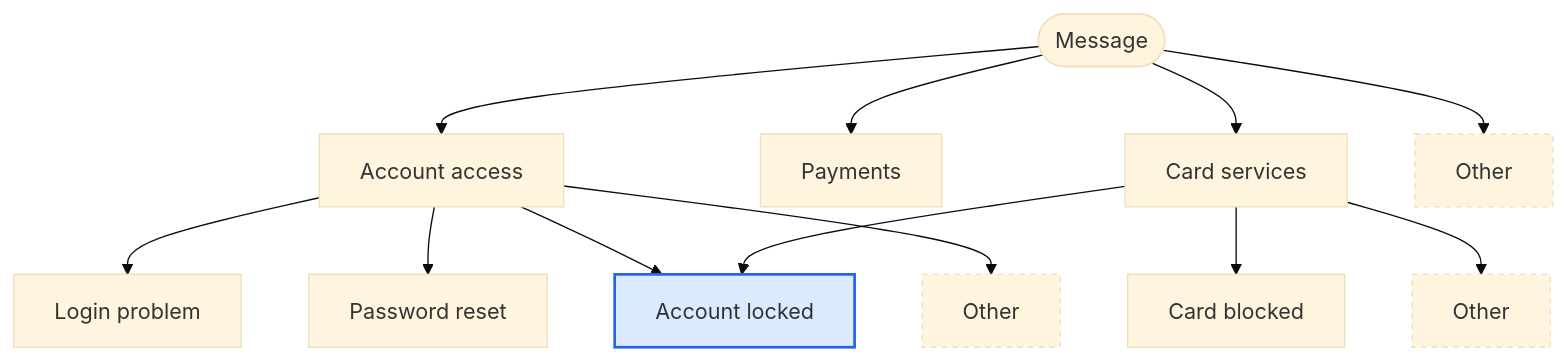
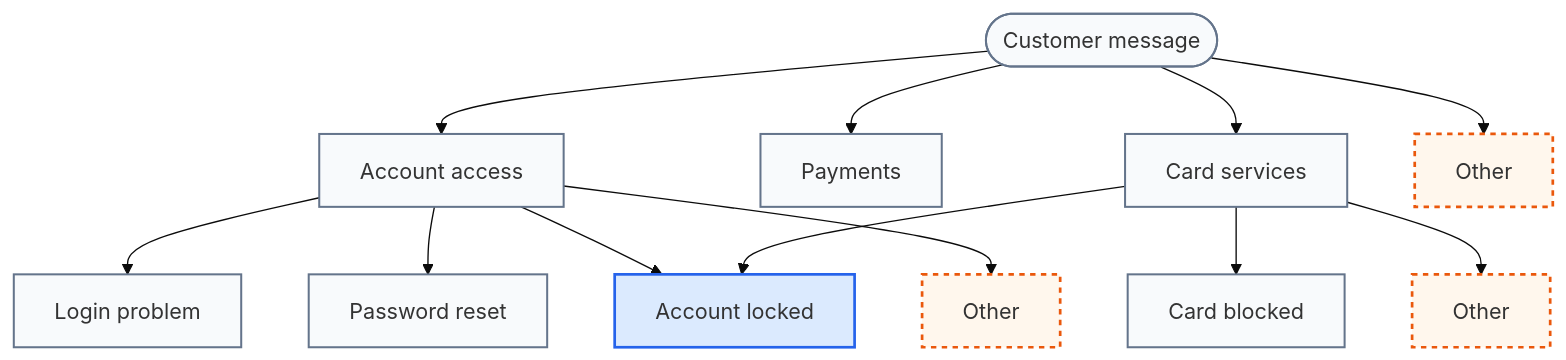
The second of 5 diagrams in src/content/blog/first-level-support-automation.mdx (FridljDa/FridljDa.github.io), drawn with Mermaid (base theme) before and after one commit. The commit also changed other lines of this file and 4 other files, not shown here.

````diff
--- a/src/content/blog/first-level-support-automation.mdx
+++ b/src/content/blog/first-level-support-automation.mdx
@@ -46,22 +68,24 @@
 ```mermaid
 flowchart TD
-    R([Message])
-    R --> P1[Account access]
-    R --> P2[Payments]
-    R --> P3[Card services]
-    R --> POT[Other]
+    R(["Customer message"])
+    R --> P1["Account access"]
+    R --> P2["Payments"]
+    R --> P3["Card services"]
+    R --> POT["Other"]
 
-    P1 --> P1A[Login problem]
-    P1 --> P1B[Password reset]
-    P1 --> LOCKED[Account locked]
-    P1 --> P1OT[Other]
+    P1 --> P1A["Login problem"]
+    P1 --> P1B["Password reset"]
+    P1 --> LOCKED["Account locked"]
+    P1 --> P1OT["Other"]
 
-    P3 --> P3A[Card blocked]
+    P3 --> P3A["Card blocked"]
     P3 --> LOCKED
-    P3 --> P3OT[Other]
+    P3 --> P3OT["Other"]
 
-    style POT stroke-dasharray: 4 4
-    style P1OT stroke-dasharray: 4 4
-    style P3OT stroke-dasharray: 4 4
-    style LOCKED fill:#dbeafe,stroke:#2563eb,stroke-width:2px
+    classDef intent fill:#f8fafc,stroke:#64748b,stroke-width:1.5px
+    classDef selected fill:#dbeafe,stroke:#2563eb,stroke-width:2px
+    classDef fallback fill:#fff7ed,stroke:#ea580c,stroke-width:2px,stroke-dasharray:4 4
+    class R,P1,P2,P3,P1A,P1B,P3A intent
+    class LOCKED selected
+    class POT,P1OT,P3OT fallback
 ```
````
